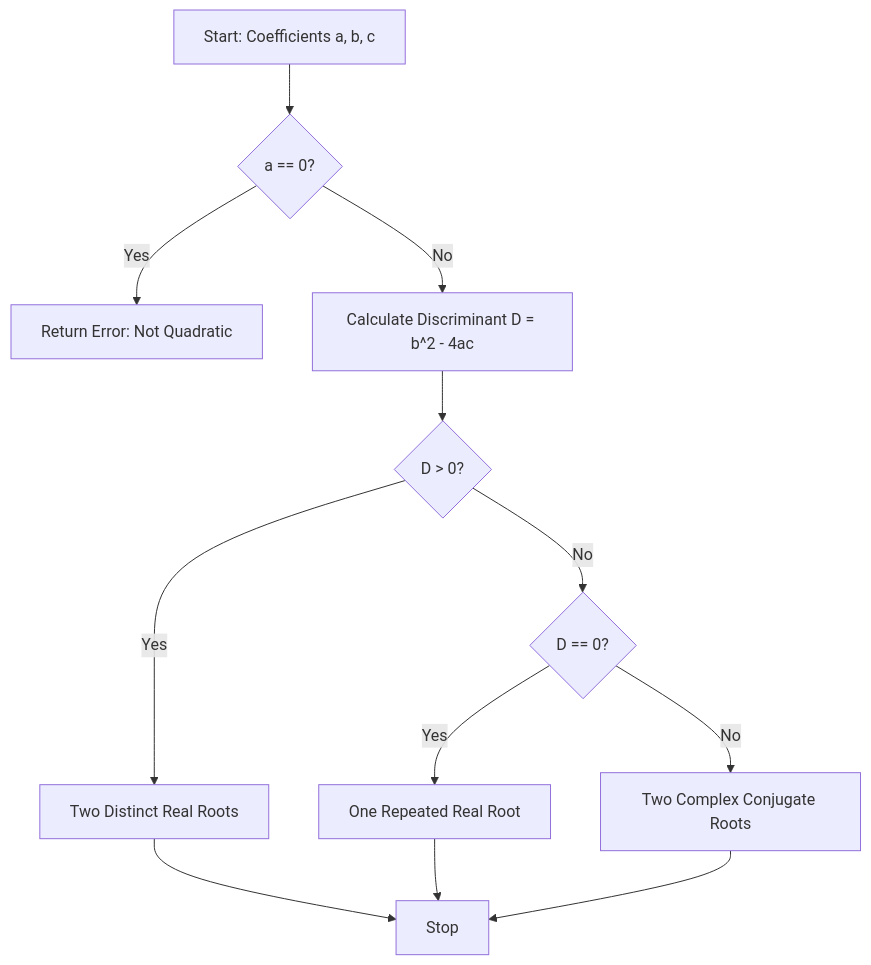
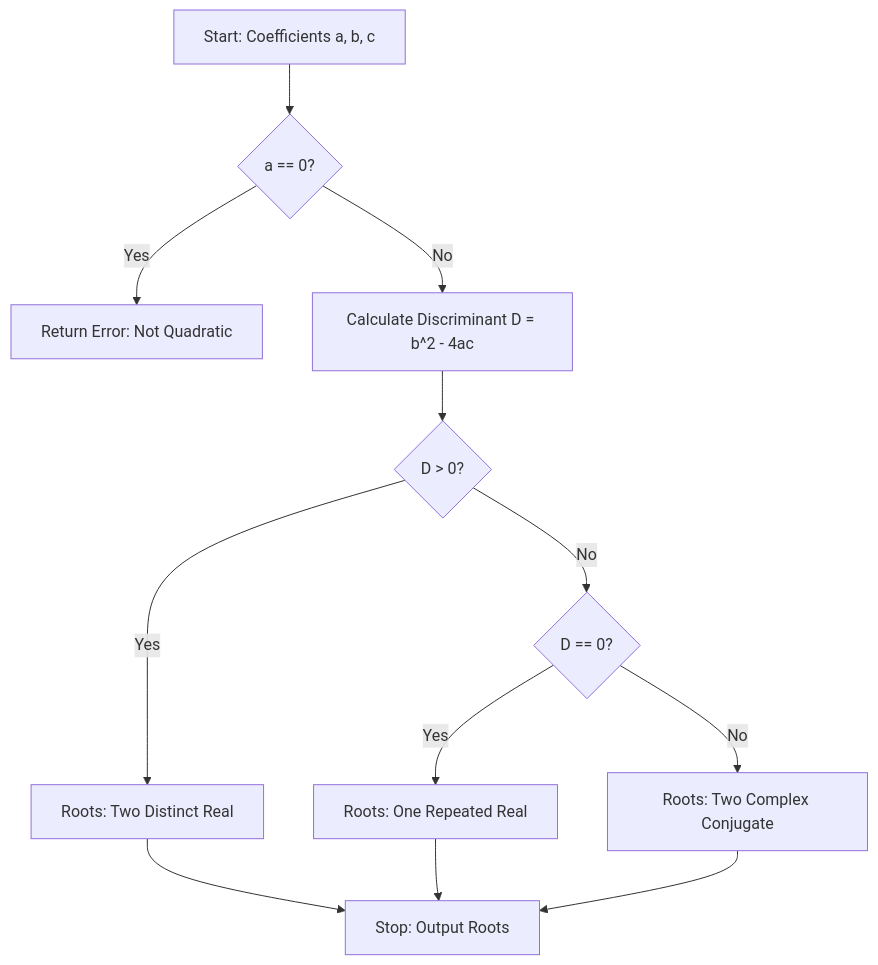
Before and after one commit to Amey-Thakur/PYTHON-SHORTS: the first of 2 diagrams in Source Code/Quadratic Equation Solver/README.md, drawn with Mermaid. The commit also changed other lines of this file, not shown here.

Commit message:
Python Shorts

````diff
--- a/Source Code/Quadratic Equation Solver/README.md
+++ b/Source Code/Quadratic Equation Solver/README.md
@@ -50,14 +53,14 @@
 ```mermaid
-graph TD
-    A[Start: Coefficients a, b, c] --> B{a == 0?}
-    B -- Yes --> C[Return Error: Not Quadratic]
-    B -- No --> D[Calculate Discriminant D = b^2 - 4ac]
-    D --> E{D > 0?}
-    E -- Yes --> F[Two Distinct Real Roots]
-    E -- No --> G{D == 0?}
-    G -- Yes --> H[One Repeated Real Root]
-    G -- No --> I[Two Complex Conjugate Roots]
-    F --> J[Stop]
+flowchart TD
+    A["Start: Coefficients a, b, c"] --> B{"a == 0?"}
+    B -- "Yes" --> C["Return Error: Not Quadratic"]
+    B -- "No" --> D["Calculate Discriminant D = b^2 - 4ac"]
+    D --> E{"D > 0?"}
+    E -- "Yes" --> F["Roots: Two Distinct Real"]
+    E -- "No" --> G{"D == 0?"}
+    G -- "Yes" --> H["Roots: One Repeated Real"]
+    G -- "No" --> I["Roots: Two Complex Conjugate"]
+    F --> J["Stop: Output Roots"]
     H --> J
     I --> J
 ```
````
